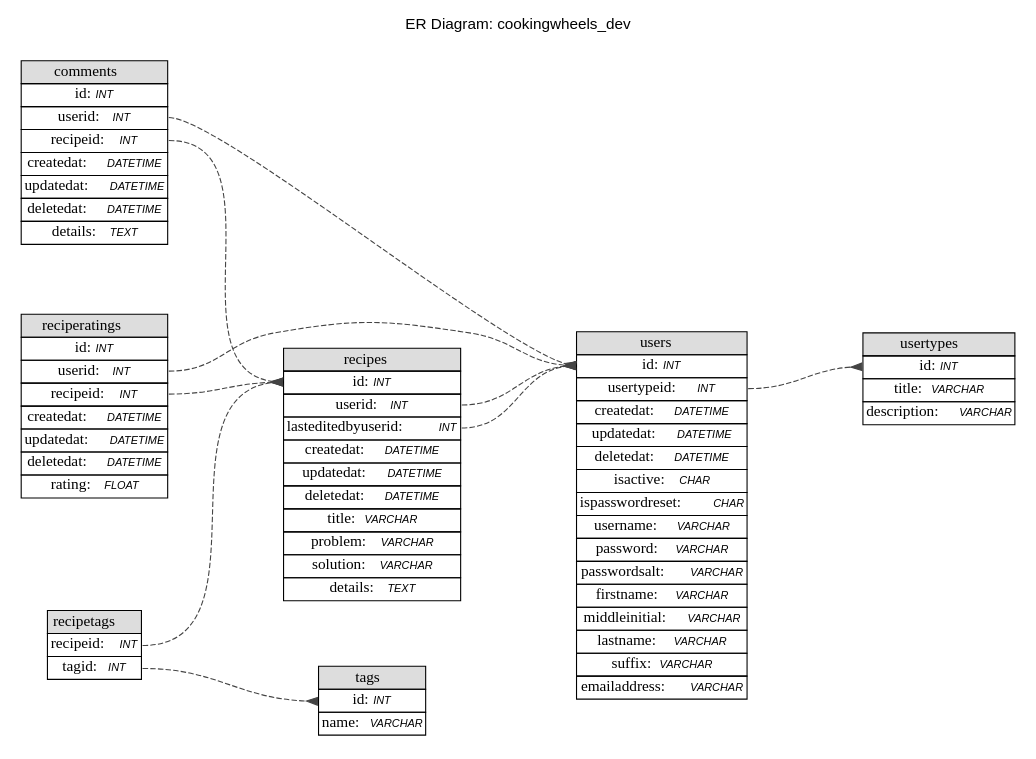
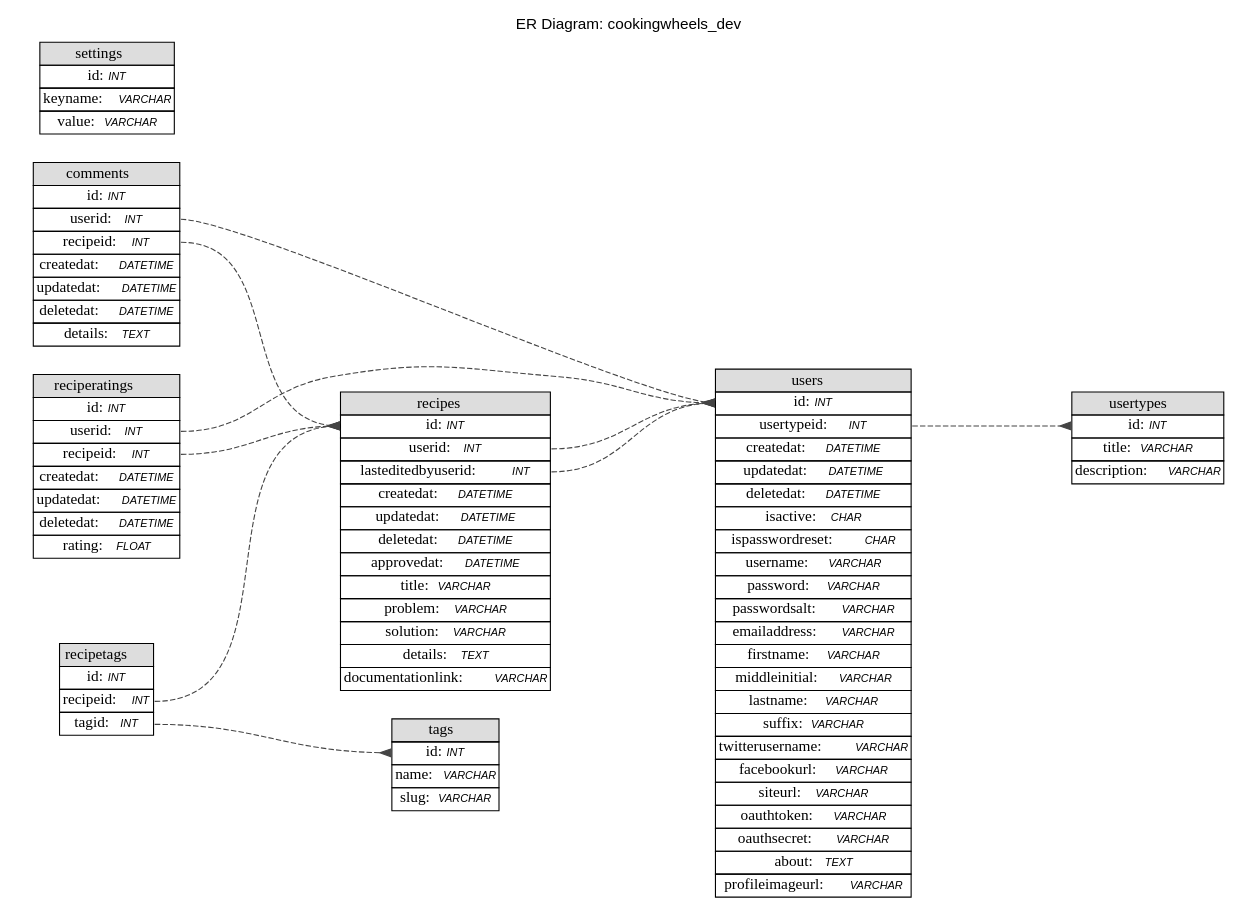
The diagram in database/cookingwheels.dot (johncblandii/cookingwheels), drawn with Graphviz before and after one commit. The commit also changed 39 other files, not shown here.

```diff
--- a/database/cookingwheels.dot
+++ b/database/cookingwheels.dot
@@ -1,131 +1,153 @@
 // Generated by: Sequel Pro
 // Version 2492
 // http://code.google.com/p/sequel-pro
 //
-// Host: cookingwheels.com (MySQL 5.0.77)
+// Host: dev.cookingwheels.com (MySQL 5.0.77)
 // Database: cookingwheels_dev
-// Generation Time: 2010-08-13 05:02:24 -0500
+// Generation Time: 2010-09-04 23:05:55 -0500
 // ************************************************************
 
 digraph "Database Structure" {
 	label = "ER Diagram: cookingwheels_dev";
 	labelloc = t;
 	compound = true;
 	node [ shape = record ];
 	fontname = "Helvetica";
 	ranksep = 1.25;
 	ratio = 0.7;
 	rankdir = LR;
 	subgraph "table_comments" {
 		node [ shape = "plaintext" ];
 		"comments" [ label=<
 			<TABLE BORDER="0" CELLSPACING="0" CELLBORDER="1">
 			<TR><TD COLSPAN="3" BGCOLOR="#DDDDDD">comments</TD></TR>
 			<TR><TD COLSPAN="3" PORT="id">id:<FONT FACE="Helvetica-Oblique" POINT-SIZE="10">INT</FONT></TD></TR>
 			<TR><TD COLSPAN="3" PORT="userid">userid:<FONT FACE="Helvetica-Oblique" POINT-SIZE="10">INT</FONT></TD></TR>
 			<TR><TD COLSPAN="3" PORT="recipeid">recipeid:<FONT FACE="Helvetica-Oblique" POINT-SIZE="10">INT</FONT></TD></TR>
 			<TR><TD COLSPAN="3" PORT="createdat">createdat:<FONT FACE="Helvetica-Oblique" POINT-SIZE="10">DATETIME</FONT></TD></TR>
 			<TR><TD COLSPAN="3" PORT="updatedat">updatedat:<FONT FACE="Helvetica-Oblique" POINT-SIZE="10">DATETIME</FONT></TD></TR>
 			<TR><TD COLSPAN="3" PORT="deletedat">deletedat:<FONT FACE="Helvetica-Oblique" POINT-SIZE="10">DATETIME</FONT></TD></TR>
 			<TR><TD COLSPAN="3" PORT="details">details:<FONT FACE="Helvetica-Oblique" POINT-SIZE="10">TEXT</FONT></TD></TR>
 			</TABLE>>
 		];
 	}
 	subgraph "table_reciperatings" {
 		node [ shape = "plaintext" ];
 		"reciperatings" [ label=<
 			<TABLE BORDER="0" CELLSPACING="0" CELLBORDER="1">
 			<TR><TD COLSPAN="3" BGCOLOR="#DDDDDD">reciperatings</TD></TR>
 			<TR><TD COLSPAN="3" PORT="id">id:<FONT FACE="Helvetica-Oblique" POINT-SIZE="10">INT</FONT></TD></TR>
 			<TR><TD COLSPAN="3" PORT="userid">userid:<FONT FACE="Helvetica-Oblique" POINT-SIZE="10">INT</FONT></TD></TR>
 			<TR><TD COLSPAN="3" PORT="recipeid">recipeid:<FONT FACE="Helvetica-Oblique" POINT-SIZE="10">INT</FONT></TD></TR>
 			<TR><TD COLSPAN="3" PORT="createdat">createdat:<FONT FACE="Helvetica-Oblique" POINT-SIZE="10">DATETIME</FONT></TD></TR>
 			<TR><TD COLSPAN="3" PORT="updatedat">updatedat:<FONT FACE="Helvetica-Oblique" POINT-SIZE="10">DATETIME</FONT></TD></TR>
 			<TR><TD COLSPAN="3" PORT="deletedat">deletedat:<FONT FACE="Helvetica-Oblique" POINT-SIZE="10">DATETIME</FONT></TD></TR>
 			<TR><TD COLSPAN="3" PORT="rating">rating:<FONT FACE="Helvetica-Oblique" POINT-SIZE="10">FLOAT</FONT></TD></TR>
 			</TABLE>>
 		];
 	}
 	subgraph "table_recipes" {
 		node [ shape = "plaintext" ];
 		"recipes" [ label=<
 			<TABLE BORDER="0" CELLSPACING="0" CELLBORDER="1">
 			<TR><TD COLSPAN="3" BGCOLOR="#DDDDDD">recipes</TD></TR>
 			<TR><TD COLSPAN="3" PORT="id">id:<FONT FACE="Helvetica-Oblique" POINT-SIZE="10">INT</FONT></TD></TR>
 			<TR><TD COLSPAN="3" PORT="userid">userid:<FONT FACE="Helvetica-Oblique" POINT-SIZE="10">INT</FONT></TD></TR>
 			<TR><TD COLSPAN="3" PORT="lasteditedbyuserid">lasteditedbyuserid:<FONT FACE="Helvetica-Oblique" POINT-SIZE="10">INT</FONT></TD></TR>
 			<TR><TD COLSPAN="3" PORT="createdat">createdat:<FONT FACE="Helvetica-Oblique" POINT-SIZE="10">DATETIME</FONT></TD></TR>
 			<TR><TD COLSPAN="3" PORT="updatedat">updatedat:<FONT FACE="Helvetica-Oblique" POINT-SIZE="10">DATETIME</FONT></TD></TR>
 			<TR><TD COLSPAN="3" PORT="deletedat">deletedat:<FONT FACE="Helvetica-Oblique" POINT-SIZE="10">DATETIME</FONT></TD></TR>
+			<TR><TD COLSPAN="3" PORT="approvedat">approvedat:<FONT FACE="Helvetica-Oblique" POINT-SIZE="10">DATETIME</FONT></TD></TR>
 			<TR><TD COLSPAN="3" PORT="title">title:<FONT FACE="Helvetica-Oblique" POINT-SIZE="10">VARCHAR</FONT></TD></TR>
 			<TR><TD COLSPAN="3" PORT="problem">problem:<FONT FACE="Helvetica-Oblique" POINT-SIZE="10">VARCHAR</FONT></TD></TR>
 			<TR><TD COLSPAN="3" PORT="solution">solution:<FONT FACE="Helvetica-Oblique" POINT-SIZE="10">VARCHAR</FONT></TD></TR>
 			<TR><TD COLSPAN="3" PORT="details">details:<FONT FACE="Helvetica-Oblique" POINT-SIZE="10">TEXT</FONT></TD></TR>
+			<TR><TD COLSPAN="3" PORT="documentationlink">documentationlink:<FONT FACE="Helvetica-Oblique" POINT-SIZE="10">VARCHAR</FONT></TD></TR>
 			</TABLE>>
 		];
 	}
 	subgraph "table_recipetags" {
 		node [ shape = "plaintext" ];
 		"recipetags" [ label=<
 			<TABLE BORDER="0" CELLSPACING="0" CELLBORDER="1">
 			<TR><TD COLSPAN="3" BGCOLOR="#DDDDDD">recipetags</TD></TR>
+			<TR><TD COLSPAN="3" PORT="id">id:<FONT FACE="Helvetica-Oblique" POINT-SIZE="10">INT</FONT></TD></TR>
 			<TR><TD COLSPAN="3" PORT="recipeid">recipeid:<FONT FACE="Helvetica-Oblique" POINT-SIZE="10">INT</FONT></TD></TR>
 			<TR><TD COLSPAN="3" PORT="tagid">tagid:<FONT FACE="Helvetica-Oblique" POINT-SIZE="10">INT</FONT></TD></TR>
+			</TABLE>>
+		];
+	}
+	subgraph "table_settings" {
+		node [ shape = "plaintext" ];
+		"settings" [ label=<
+			<TABLE BORDER="0" CELLSPACING="0" CELLBORDER="1">
+			<TR><TD COLSPAN="3" BGCOLOR="#DDDDDD">settings</TD></TR>
+			<TR><TD COLSPAN="3" PORT="id">id:<FONT FACE="Helvetica-Oblique" POINT-SIZE="10">INT</FONT></TD></TR>
+			<TR><TD COLSPAN="3" PORT="keyname">keyname:<FONT FACE="Helvetica-Oblique" POINT-SIZE="10">VARCHAR</FONT></TD></TR>
+			<TR><TD COLSPAN="3" PORT="value">value:<FONT FACE="Helvetica-Oblique" POINT-SIZE="10">VARCHAR</FONT></TD></TR>
 			</TABLE>>
 		];
 	}
 	subgraph "table_tags" {
 		node [ shape = "plaintext" ];
 		"tags" [ label=<
 			<TABLE BORDER="0" CELLSPACING="0" CELLBORDER="1">
 			<TR><TD COLSPAN="3" BGCOLOR="#DDDDDD">tags</TD></TR>
 			<TR><TD COLSPAN="3" PORT="id">id:<FONT FACE="Helvetica-Oblique" POINT-SIZE="10">INT</FONT></TD></TR>
 			<TR><TD COLSPAN="3" PORT="name">name:<FONT FACE="Helvetica-Oblique" POINT-SIZE="10">VARCHAR</FONT></TD></TR>
+			<TR><TD COLSPAN="3" PORT="slug">slug:<FONT FACE="Helvetica-Oblique" POINT-SIZE="10">VARCHAR</FONT></TD></TR>
 			</TABLE>>
 		];
 	}
 	subgraph "table_users" {
 		node [ shape = "plaintext" ];
 		"users" [ label=<
 			<TABLE BORDER="0" CELLSPACING="0" CELLBORDER="1">
 			<TR><TD COLSPAN="3" BGCOLOR="#DDDDDD">users</TD></TR>
 			<TR><TD COLSPAN="3" PORT="id">id:<FONT FACE="Helvetica-Oblique" POINT-SIZE="10">INT</FONT></TD></TR>
 			<TR><TD COLSPAN="3" PORT="usertypeid">usertypeid:<FONT FACE="Helvetica-Oblique" POINT-SIZE="10">INT</FONT></TD></TR>
 			<TR><TD COLSPAN="3" PORT="createdat">createdat:<FONT FACE="Helvetica-Oblique" POINT-SIZE="10">DATETIME</FONT></TD></TR>
 			<TR><TD COLSPAN="3" PORT="updatedat">updatedat:<FONT FACE="Helvetica-Oblique" POINT-SIZE="10">DATETIME</FONT></TD></TR>
 			<TR><TD COLSPAN="3" PORT="deletedat">deletedat:<FONT FACE="Helvetica-Oblique" POINT-SIZE="10">DATETIME</FONT></TD></TR>
 			<TR><TD COLSPAN="3" PORT="isactive">isactive:<FONT FACE="Helvetica-Oblique" POINT-SIZE="10">CHAR</FONT></TD></TR>
 			<TR><TD COLSPAN="3" PORT="ispasswordreset">ispasswordreset:<FONT FACE="Helvetica-Oblique" POINT-SIZE="10">CHAR</FONT></TD></TR>
 			<TR><TD COLSPAN="3" PORT="username">username:<FONT FACE="Helvetica-Oblique" POINT-SIZE="10">VARCHAR</FONT></TD></TR>
 			<TR><TD COLSPAN="3" PORT="password">password:<FONT FACE="Helvetica-Oblique" POINT-SIZE="10">VARCHAR</FONT></TD></TR>
 			<TR><TD COLSPAN="3" PORT="passwordsalt">passwordsalt:<FONT FACE="Helvetica-Oblique" POINT-SIZE="10">VARCHAR</FONT></TD></TR>
+			<TR><TD COLSPAN="3" PORT="emailaddress">emailaddress:<FONT FACE="Helvetica-Oblique" POINT-SIZE="10">VARCHAR</FONT></TD></TR>
 			<TR><TD COLSPAN="3" PORT="firstname">firstname:<FONT FACE="Helvetica-Oblique" POINT-SIZE="10">VARCHAR</FONT></TD></TR>
 			<TR><TD COLSPAN="3" PORT="middleinitial">middleinitial:<FONT FACE="Helvetica-Oblique" POINT-SIZE="10">VARCHAR</FONT></TD></TR>
 			<TR><TD COLSPAN="3" PORT="lastname">lastname:<FONT FACE="Helvetica-Oblique" POINT-SIZE="10">VARCHAR</FONT></TD></TR>
 			<TR><TD COLSPAN="3" PORT="suffix">suffix:<FONT FACE="Helvetica-Oblique" POINT-SIZE="10">VARCHAR</FONT></TD></TR>
-			<TR><TD COLSPAN="3" PORT="emailaddress">emailaddress:<FONT FACE="Helvetica-Oblique" POINT-SIZE="10">VARCHAR</FONT></TD></TR>
+			<TR><TD COLSPAN="3" PORT="twitterusername">twitterusername:<FONT FACE="Helvetica-Oblique" POINT-SIZE="10">VARCHAR</FONT></TD></TR>
+			<TR><TD COLSPAN="3" PORT="facebookurl">facebookurl:<FONT FACE="Helvetica-Oblique" POINT-SIZE="10">VARCHAR</FONT></TD></TR>
+			<TR><TD COLSPAN="3" PORT="siteurl">siteurl:<FONT FACE="Helvetica-Oblique" POINT-SIZE="10">VARCHAR</FONT></TD></TR>
+			<TR><TD COLSPAN="3" PORT="oauthtoken">oauthtoken:<FONT FACE="Helvetica-Oblique" POINT-SIZE="10">VARCHAR</FONT></TD></TR>
+			<TR><TD COLSPAN="3" PORT="oauthsecret">oauthsecret:<FONT FACE="Helvetica-Oblique" POINT-SIZE="10">VARCHAR</FONT></TD></TR>
+			<TR><TD COLSPAN="3" PORT="about">about:<FONT FACE="Helvetica-Oblique" POINT-SIZE="10">TEXT</FONT></TD></TR>
+			<TR><TD COLSPAN="3" PORT="profileimageurl">profileimageurl:<FONT FACE="Helvetica-Oblique" POINT-SIZE="10">VARCHAR</FONT></TD></TR>
 			</TABLE>>
 		];
 	}
 	subgraph "table_usertypes" {
 		node [ shape = "plaintext" ];
 		"usertypes" [ label=<
 			<TABLE BORDER="0" CELLSPACING="0" CELLBORDER="1">
 			<TR><TD COLSPAN="3" BGCOLOR="#DDDDDD">usertypes</TD></TR>
 			<TR><TD COLSPAN="3" PORT="id">id:<FONT FACE="Helvetica-Oblique" POINT-SIZE="10">INT</FONT></TD></TR>
 			<TR><TD COLSPAN="3" PORT="title">title:<FONT FACE="Helvetica-Oblique" POINT-SIZE="10">VARCHAR</FONT></TD></TR>
 			<TR><TD COLSPAN="3" PORT="description">description:<FONT FACE="Helvetica-Oblique" POINT-SIZE="10">VARCHAR</FONT></TD></TR>
 			</TABLE>>
 		];
 	}
 edge [ arrowhead=inv, arrowtail=normal, style=dashed, color="#444444" ];
 comments:recipeid -> recipes:id ;
 comments:userid -> users:id ;
 reciperatings:recipeid -> recipes:id ;
 reciperatings:userid -> users:id ;
+recipes:userid -> users:id ;
 recipes:lasteditedbyuserid -> users:id ;
-recipes:userid -> users:id ;
+recipetags:recipeid -> recipes:id ;
 recipetags:tagid -> tags:id ;
-recipetags:recipeid -> recipes:id ;
 users:usertypeid -> usertypes:id ;
 }
```
